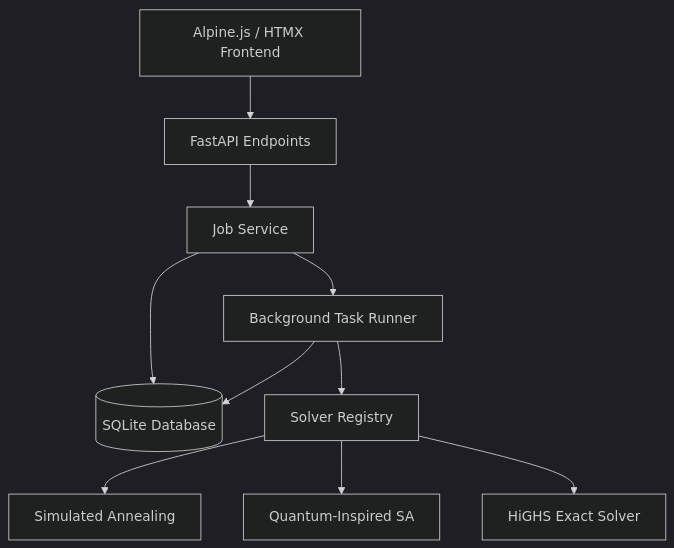
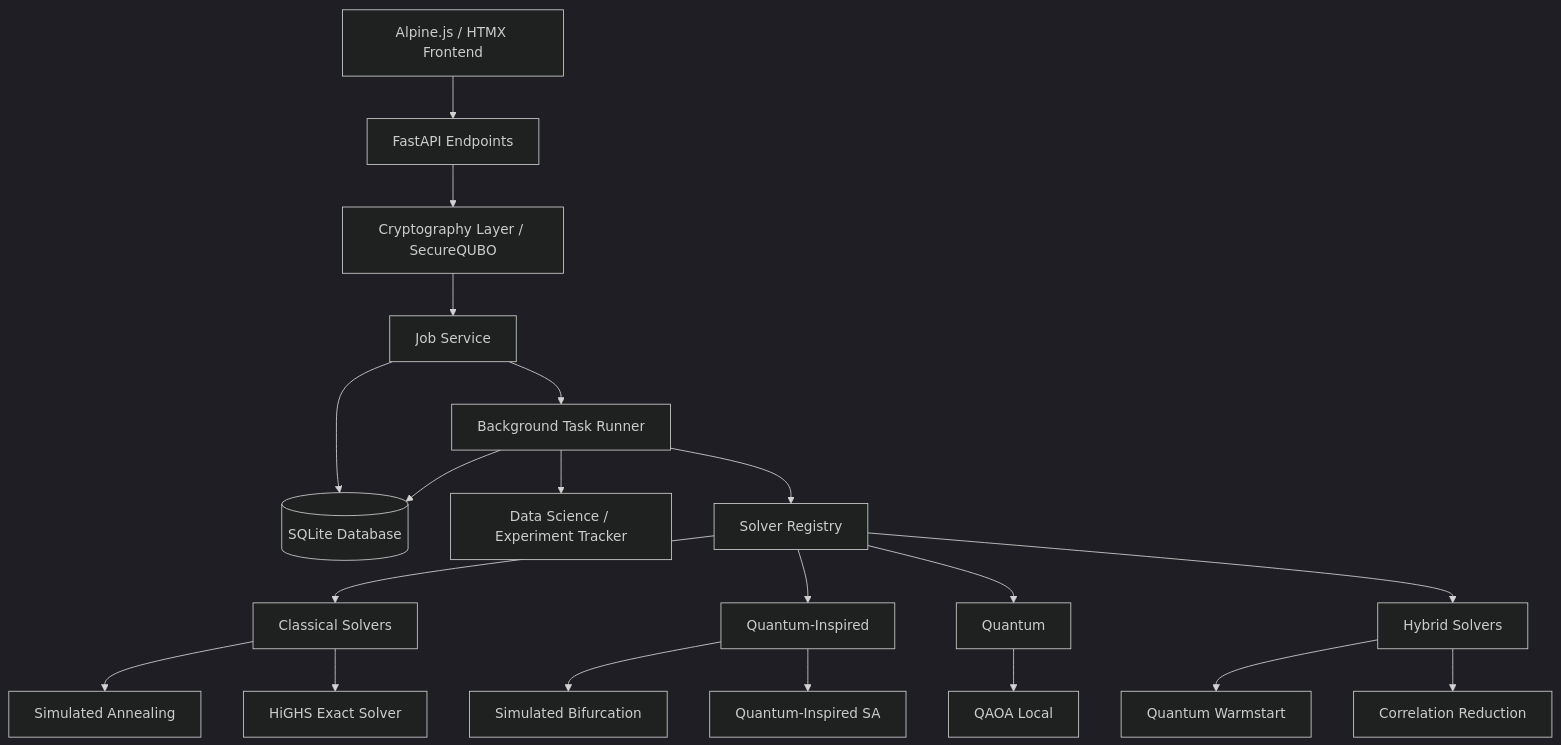
One commit to NivedhN160/AetherOpt changed the diagram in architecture.md. Above: the diagram before and after it, drawn with Mermaid (dark theme). The commit also changed other lines of this file and 17 other files, not shown here.

````diff
--- a/architecture.md
+++ b/architecture.md
@@ -16,12 +15,27 @@
 ```mermaid
 graph TD
     UI[Alpine.js / HTMX Frontend] --> API[FastAPI Endpoints]
-    API --> JobService[Job Service]
+    API --> Crypto[Cryptography Layer / SecureQUBO]
+    Crypto --> JobService[Job Service]
     JobService --> DB[(SQLite Database)]
     JobService --> Background[Background Task Runner]
+    Background --> DS[Data Science / Experiment Tracker]
     Background --> Registry[Solver Registry]
-    Registry --> SA[Simulated Annealing]
-    Registry --> QISA[Quantum-Inspired SA]
-    Registry --> Highs[HiGHS Exact Solver]
+    
+    Registry --> Classical[Classical Solvers]
+    Classical --> SA[Simulated Annealing]
+    Classical --> Highs[HiGHS Exact Solver]
+    
+    Registry --> QInsp[Quantum-Inspired]
+    QInsp --> SB[Simulated Bifurcation]
+    QInsp --> QSA[Quantum-Inspired SA]
+    
+    Registry --> Quantum[Quantum]
+    Quantum --> QAOA[QAOA Local]
+    
+    Registry --> Hybrid[Hybrid Solvers]
+    Hybrid --> Warmstart[Quantum Warmstart]
+    Hybrid --> Corr[Correlation Reduction]
+    
     Background --> DB
 ```
````
